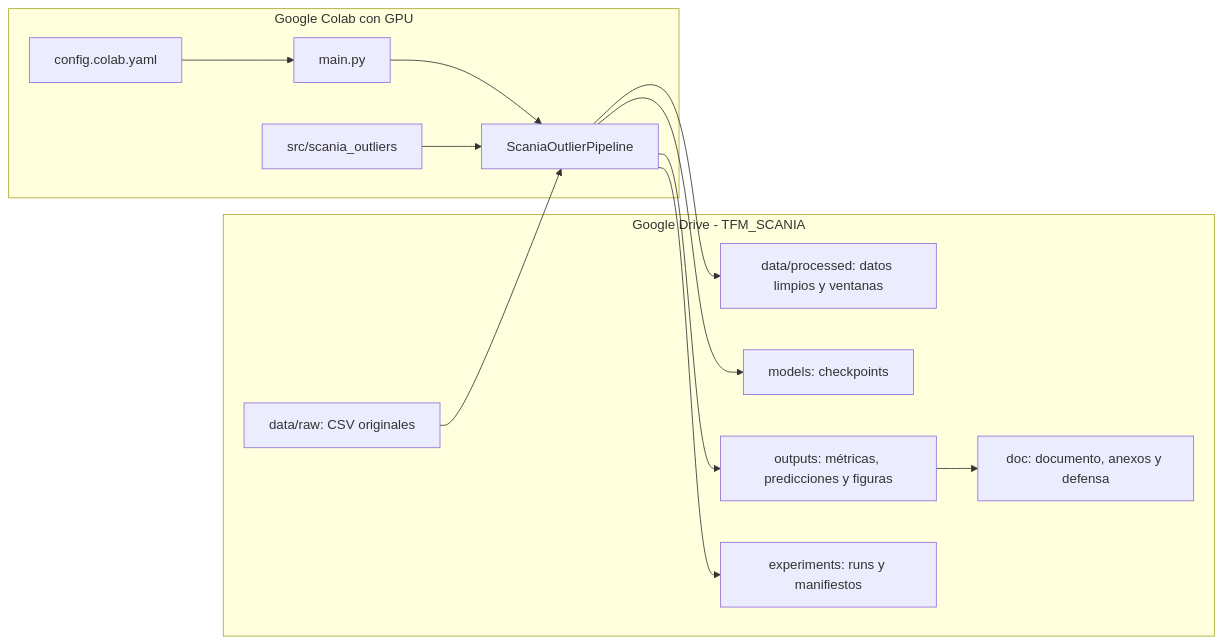
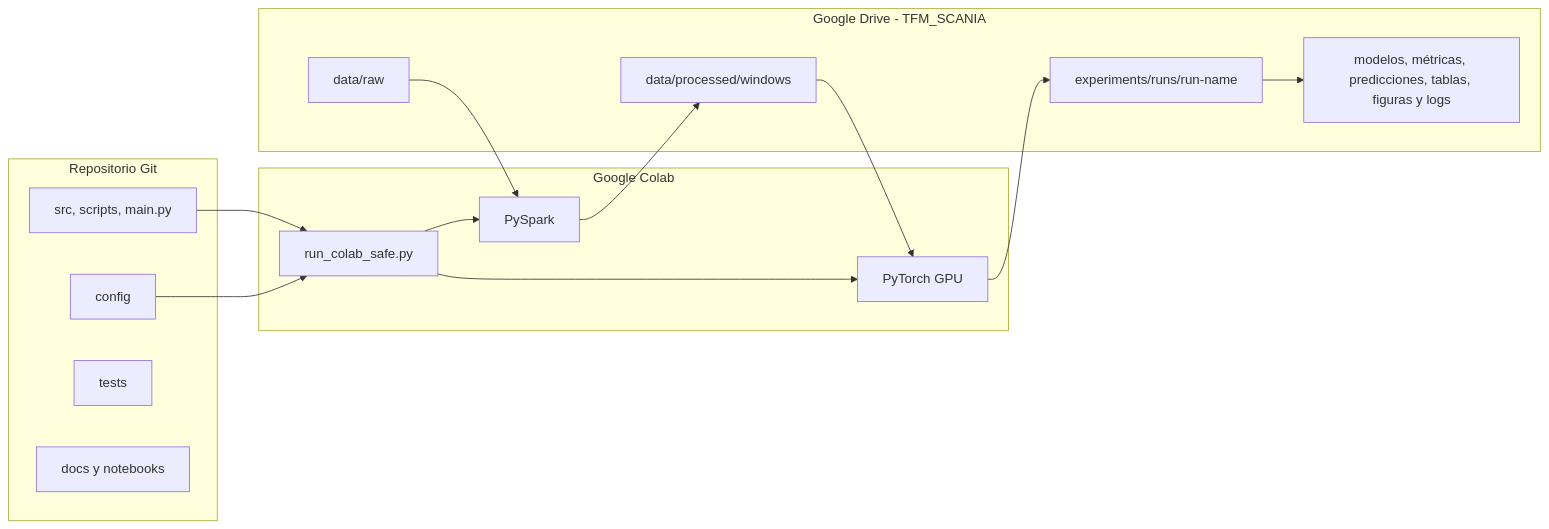
The diagram in scania-component-x-outlier-detection/docs/diagrams/fig_6_2_arquitectura_colab_drive.mmd (ajvilleg10/scania-component-x-outlier-detection), drawn with Mermaid before and after one commit. The commit also changed 52 other files, not shown here.

```diff
--- a/scania-component-x-outlier-detection/docs/diagrams/fig_6_2_arquitectura_colab_drive.mmd
+++ b/scania-component-x-outlier-detection/docs/diagrams/fig_6_2_arquitectura_colab_drive.mmd
@@ -1,26 +1,30 @@
 flowchart LR
-    subgraph DRIVE[Google Drive - TFM_SCANIA]
-        RAW[data/raw: CSV originales]
-        PROCESSED[data/processed: datos limpios y ventanas]
-        MODELS[models: checkpoints]
-        OUTPUTS[outputs: métricas, predicciones y figuras]
-        DOC[doc: documento, anexos y defensa]
-        EXP[experiments: runs y manifiestos]
+    subgraph GIT[Repositorio Git]
+        CODE[src, scripts, main.py]
+        CFG[config]
+        TEST[tests]
+        DOCS[docs y notebooks]
     end
 
-    subgraph COLAB[Google Colab con GPU]
-        MAIN[main.py]
-        CONFIG[config.colab.yaml]
-        PIPE[ScaniaOutlierPipeline]
-        SRC[src/scania_outliers]
+    subgraph COLAB[Google Colab]
+        RUNNER[run_colab_safe.py]
+        SPARK[PySpark]
+        TORCH[PyTorch GPU]
     end
 
-    CONFIG --> MAIN
-    MAIN --> PIPE
-    SRC --> PIPE
-    RAW --> PIPE
-    PIPE --> PROCESSED
-    PIPE --> MODELS
-    PIPE --> OUTPUTS
-    PIPE --> EXP
-    OUTPUTS --> DOC
+    subgraph DRIVE[Google Drive - TFM_SCANIA]
+        RAW[data/raw]
+        CACHE[data/processed/windows]
+        RUNS[experiments/runs/run-name]
+        ART[modelos, métricas, predicciones, tablas, figuras y logs]
+    end
+
+    CODE --> RUNNER
+    CFG --> RUNNER
+    RUNNER --> SPARK
+    RUNNER --> TORCH
+    RAW --> SPARK
+    SPARK --> CACHE
+    CACHE --> TORCH
+    TORCH --> RUNS
+    RUNS --> ART
```
